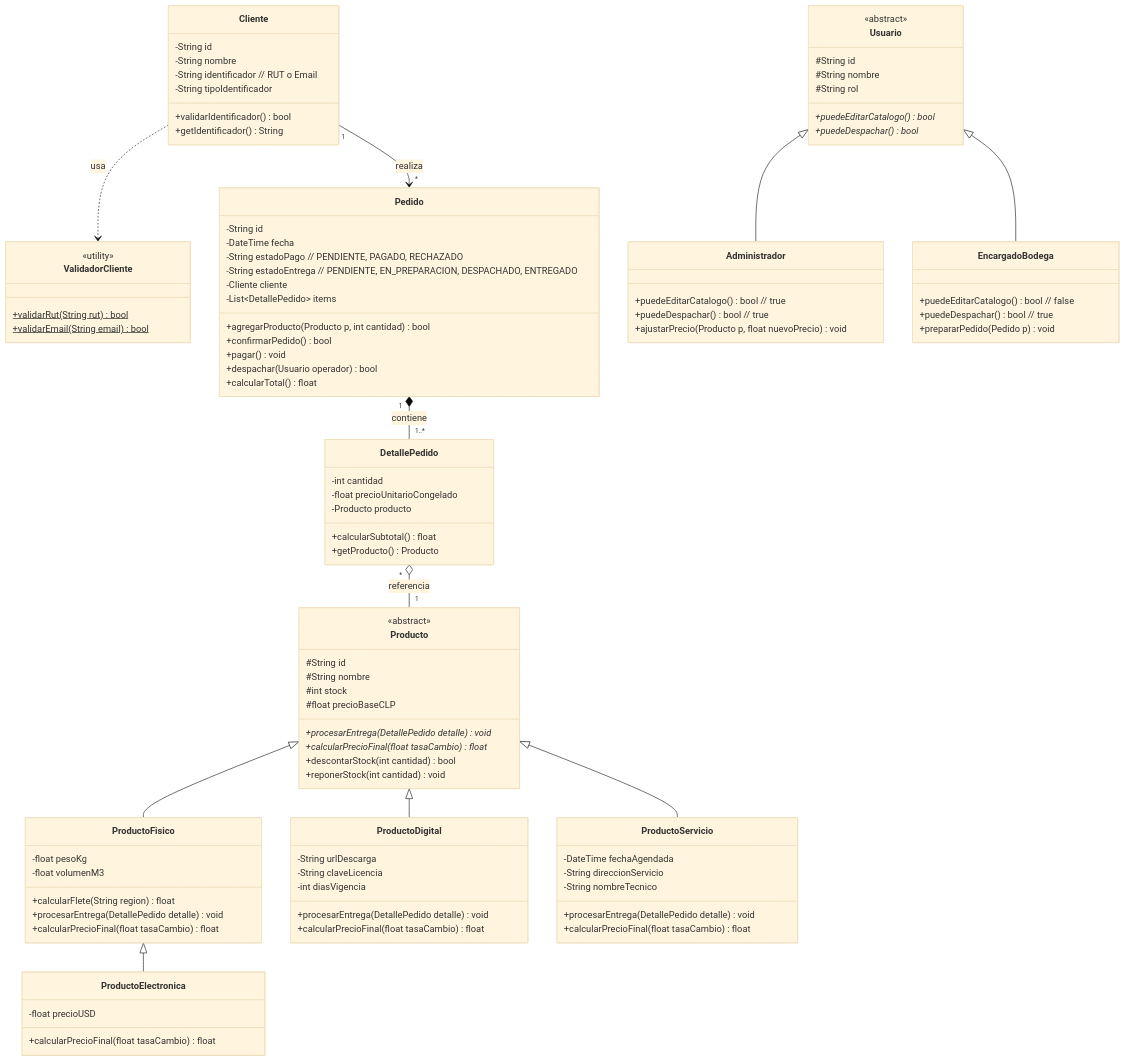
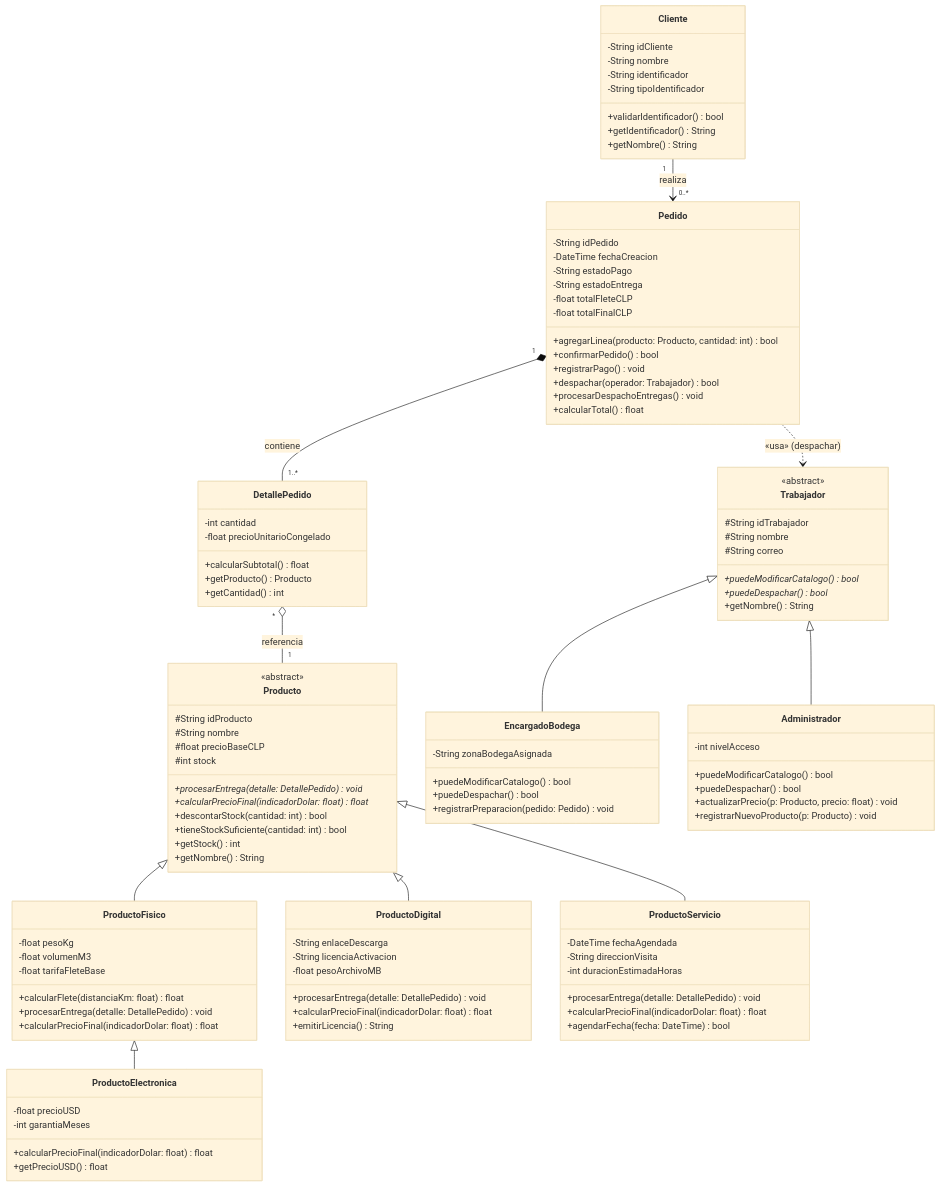
The diagram in README.md (MiguelTroncoso/ecommerce), drawn with Mermaid (base theme) before and after one commit. The commit also changed other lines of this file and 2 other files, not shown here.

Commit message:
docs & feat: sincronizar README con UML oficial de ClickAndGo e incorporar prototipo ejecutable src/ y demo.py

````diff
--- a/README.md
+++ b/README.md
@@ -68,114 +87,119 @@
 ```mermaid
 classDiagram
-    class ValidadorCliente {
-        <<utility>>
-        +validarRut(String rut)$ bool
-        +validarEmail(String email)$ bool
-    }
-
     class Cliente {
-        -String id
+        -String idCliente
         -String nombre
-        -String identificador // RUT o Email
+        -String identificador
         -String tipoIdentificador
         +validarIdentificador() bool
         +getIdentificador() String
+        +getNombre() String
+    }
+
+    class Pedido {
+        -String idPedido
+        -DateTime fechaCreacion
+        -String estadoPago
+        -String estadoEntrega
+        -float totalFleteCLP
+        -float totalFinalCLP
+        +agregarLinea(producto: Producto, cantidad: int) bool
+        +confirmarPedido() bool
+        +registrarPago() void
+        +despachar(operador: Trabajador) bool
+        +procesarDespachoEntregas() void
+        +calcularTotal() float
+    }
+
+    class DetallePedido {
+        -int cantidad
+        -float precioUnitarioCongelado
+        +calcularSubtotal() float
+        +getProducto() Producto
+        +getCantidad() int
     }
 
     class Producto {
         <<abstract>>
-        #String id
+        #String idProducto
         #String nombre
+        #float precioBaseCLP
         #int stock
-        #float precioBaseCLP
-        +procesarEntrega(DetallePedido detalle)* void
-        +calcularPrecioFinal(float tasaCambio)* float
-        +descontarStock(int cantidad) bool
-        +reponerStock(int cantidad) void
+        +procesarEntrega(detalle: DetallePedido)* void
+        +calcularPrecioFinal(indicadorDolar: float)* float
+        +descontarStock(cantidad: int) bool
+        +tieneStockSuficiente(cantidad: int) bool
+        +getStock() int
+        +getNombre() String
     }
 
     class ProductoFisico {
         -float pesoKg
         -float volumenM3
-        +calcularFlete(String region) float
-        +procesarEntrega(DetallePedido detalle) void
-        +calcularPrecioFinal(float tasaCambio) float
+        -float tarifaFleteBase
+        +calcularFlete(distanciaKm: float) float
+        +procesarEntrega(detalle: DetallePedido) void
+        +calcularPrecioFinal(indicadorDolar: float) float
+    }
+
+    class ProductoElectronica {
+        -float precioUSD
+        -int garantiaMeses
+        +calcularPrecioFinal(indicadorDolar: float) float
+        +getPrecioUSD() float
     }
 
     class ProductoDigital {
-        -String urlDescarga
-        -String claveLicencia
-        -int diasVigencia
-        +procesarEntrega(DetallePedido detalle) void
-        +calcularPrecioFinal(float tasaCambio) float
+        -String enlaceDescarga
+        -String licenciaActivacion
+        -float pesoArchivoMB
+        +procesarEntrega(detalle: DetallePedido) void
+        +calcularPrecioFinal(indicadorDolar: float) float
+        +emitirLicencia() String
     }
 
     class ProductoServicio {
         -DateTime fechaAgendada
-        -String direccionServicio
-        -String nombreTecnico
-        +procesarEntrega(DetallePedido detalle) void
-        +calcularPrecioFinal(float tasaCambio) float
+        -String direccionVisita
+        -int duracionEstimadaHoras
+        +procesarEntrega(detalle: DetallePedido) void
+        +calcularPrecioFinal(indicadorDolar: float) float
+        +agendarFecha(fecha: DateTime) bool
     }
 
-    class ProductoElectronica {
-        -float precioUSD
-        +calcularPrecioFinal(float tasaCambio) float
+    class Trabajador {
+        <<abstract>>
+        #String idTrabajador
+        #String nombre
+        #String correo
+        +puedeModificarCatalogo()* bool
+        +puedeDespachar()* bool
+        +getNombre() String
     }
 
-    class DetallePedido {
-        -int cantidad
-        -float precioUnitarioCongelado
-        -Producto producto
-        +calcularSubtotal() float
-        +getProducto() Producto
-    }
-
-    class Pedido {
-        -String id
-        -DateTime fecha
-        -String estadoPago // PENDIENTE, PAGADO, RECHAZADO
-        -String estadoEntrega // PENDIENTE, EN_PREPARACION, DESPACHADO, ENTREGADO
-        -Cliente cliente
-        -List~DetallePedido~ items
-        +agregarProducto(Producto p, int cantidad) bool
-        +confirmarPedido() bool
-        +pagar() void
-        +despachar(Usuario operador) bool
-        +calcularTotal() float
-    }
-
-    class Usuario {
-        <<abstract>>
-        #String id
-        #String nombre
-        #String rol
-        +puedeEditarCatalogo()* bool
-        +puedeDespachar()* bool
+    class EncargadoBodega {
+        -String zonaBodegaAsignada
+        +puedeModificarCatalogo() bool
+        +puedeDespachar() bool
+        +registrarPreparacion(pedido: Pedido) void
     }
 
     class Administrador {
-        +puedeEditarCatalogo() bool // true
-        +puedeDespachar() bool // true
-        +ajustarPrecio(Producto p, float nuevoPrecio) void
+        -int nivelAcceso
+        +puedeModificarCatalogo() bool
+        +puedeDespachar() bool
+        +actualizarPrecio(p: Producto, precio: float) void
+        +registrarNuevoProducto(p: Producto) void
     }
 
-    class EncargadoBodega {
-        +puedeEditarCatalogo() bool // false
-        +puedeDespachar() bool // true
-        +prepararPedido(Pedido p) void
-    }
-
+    Cliente "1" --> "0..*" Pedido : realiza
+    Pedido "1" *-- "1..*" DetallePedido : contiene
+    DetallePedido "*" o-- "1" Producto : referencia
     Producto <|-- ProductoFisico
     Producto <|-- ProductoDigital
     Producto <|-- ProductoServicio
     ProductoFisico <|-- ProductoElectronica
-
-    Usuario <|-- Administrador
-    Usuario <|-- EncargadoBodega
-
-    Cliente "1" --> "*" Pedido : realiza
-    Pedido "1" *-- "1..*" DetallePedido : contiene
-    DetallePedido "*" o-- "1" Producto : referencia
-    Cliente ..> ValidadorCliente : usa
+    Trabajador <|-- EncargadoBodega
+    Trabajador <|-- Administrador
+    Pedido ..> Trabajador : «usa» (despachar)
 ```
````
